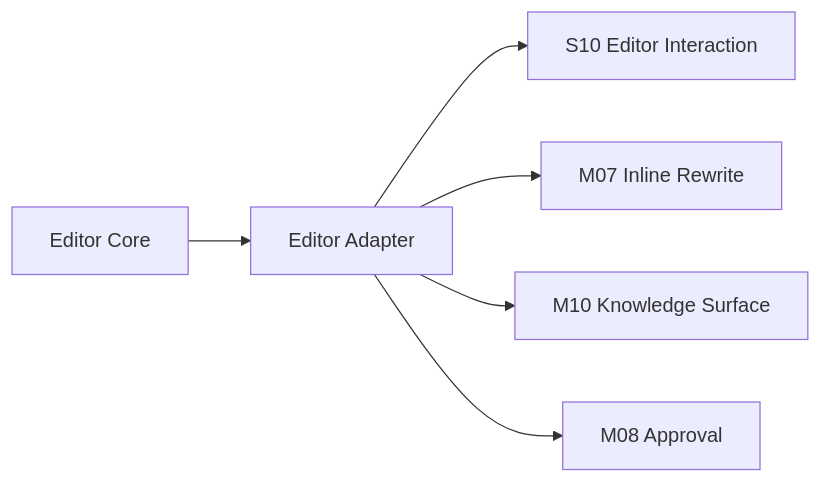
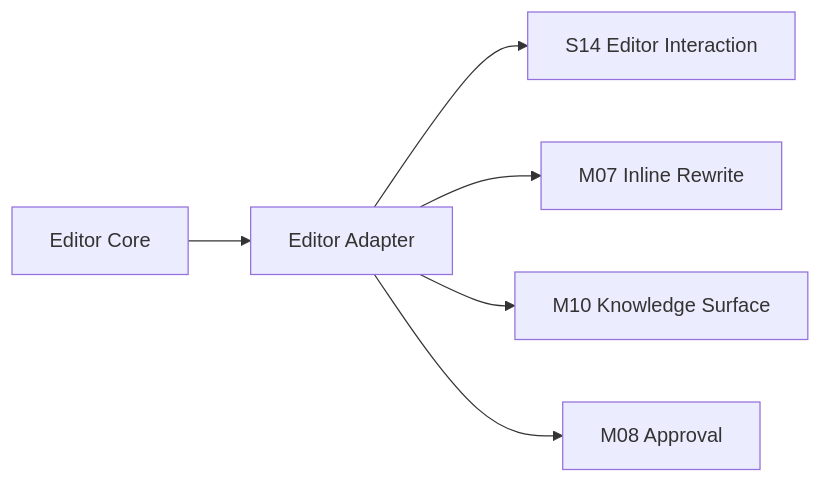
One commit to jinhuang712/open-novel changed the diagram in spec/platform/I02-editor-adapter-contract.md. Above: the diagram before and after it, drawn with Mermaid. The commit also changed 65 other files, not shown here.

````diff
--- a/spec/platform/I02-editor-adapter-contract.md
+++ b/spec/platform/I02-editor-adapter-contract.md
@@ -17,8 +17,8 @@
 ```mermaid
 flowchart LR
   EditorCore[Editor Core] --> Adapter[Editor Adapter]
-  Adapter --> S10[S10 Editor Interaction]
+  Adapter --> S14[S14 Editor Interaction]
   Adapter --> M07[M07 Inline Rewrite]
   Adapter --> M10[M10 Knowledge Surface]
   Adapter --> Approval[M08 Approval]
 ```
````
